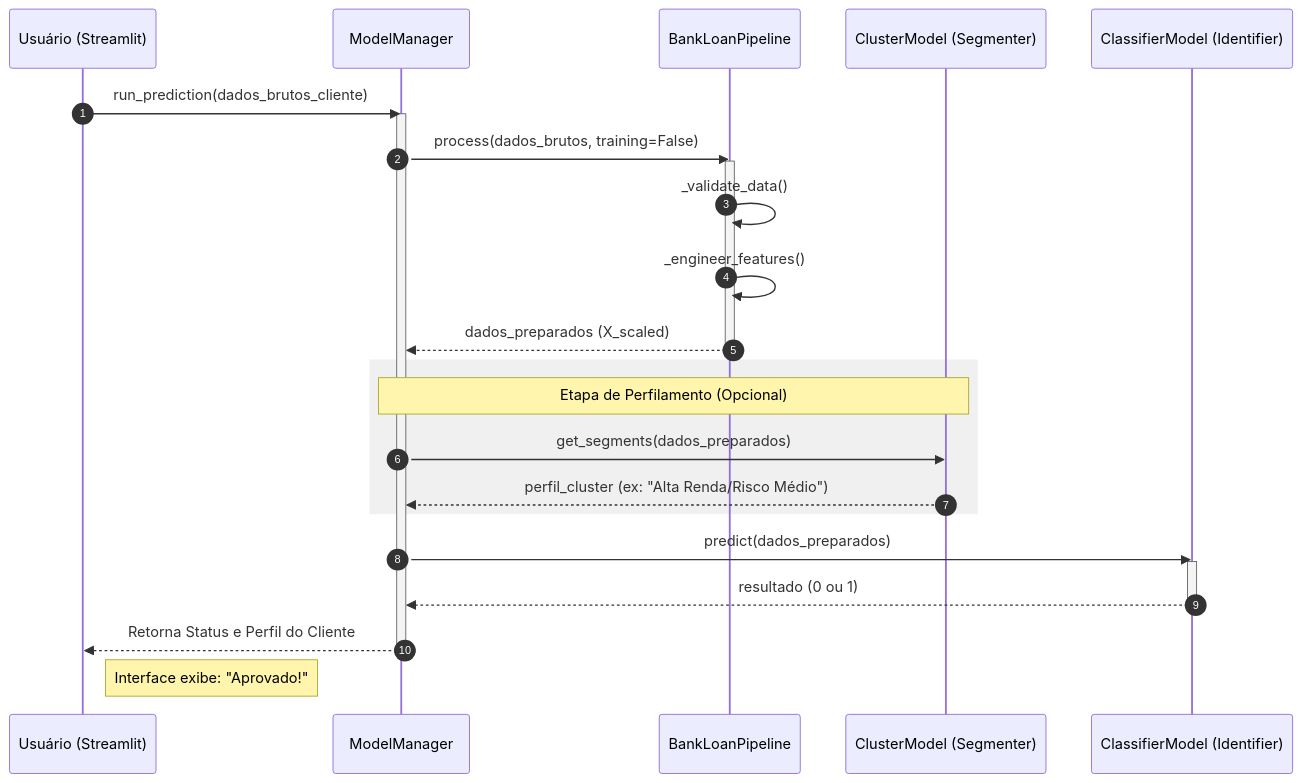
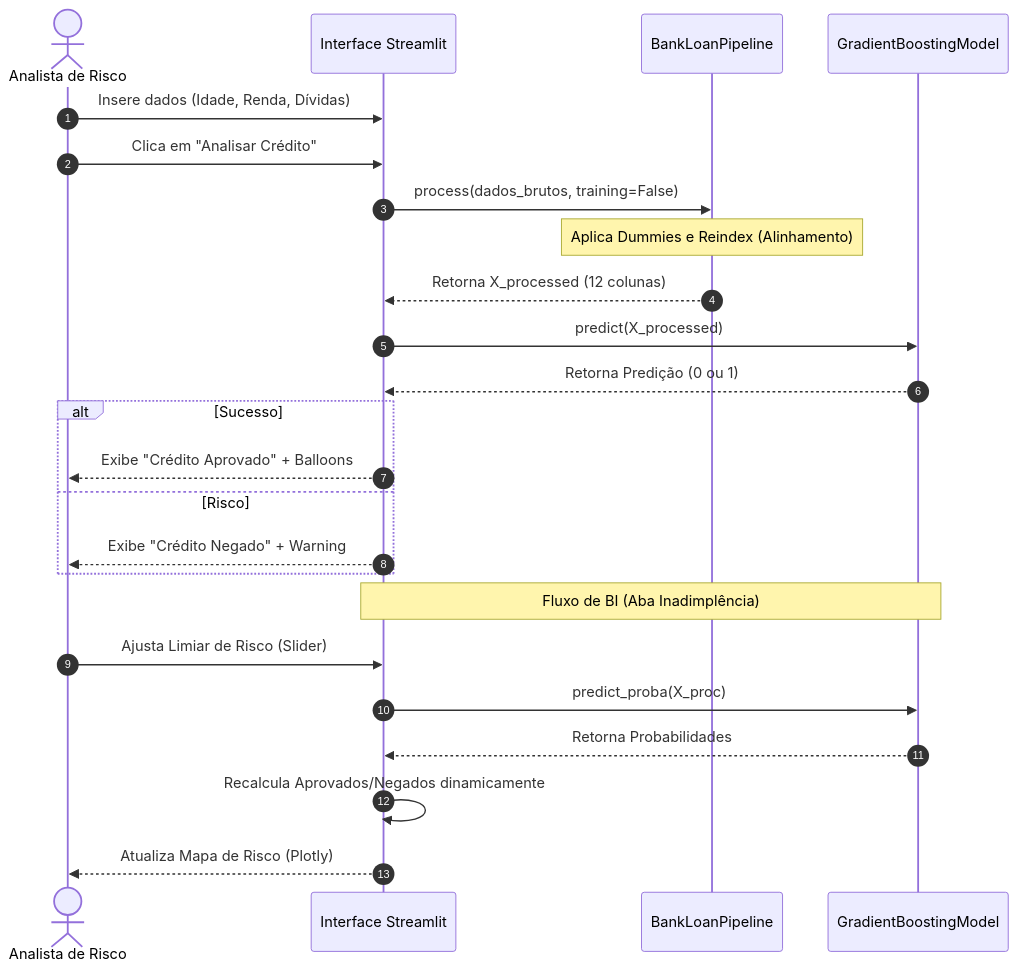
The second of 3 diagrams in README.md (Doctor-Math/TP1-Engenharia-de-Software), drawn with Mermaid before and after one commit. The commit also changed other lines of this file, not shown here.

Commit message:
feat: atualizando os diagramas UML via engenharia reversa

````diff
--- a/README.md
+++ b/README.md
@@ -60,35 +81,31 @@
 ```mermaid
 sequenceDiagram
     autonumber
-    participant U as Usuário (Streamlit)
-    participant M as ModelManager
-    participant P as BankLoanPipeline
-    participant S as ClusterModel (Segmenter)
-    participant C as ClassifierModel (Identifier)
+    actor Usuario as Analista de Risco
+    participant UI as Interface Streamlit
+    participant PL as BankLoanPipeline
+    participant MD as GradientBoostingModel
 
-    U->>M: run_prediction(dados_brutos_cliente)
+    Usuario->>UI: Insere dados (Idade, Renda, Dívidas)
+    Usuario->>UI: Clica em "Analisar Crédito"
     
-    activate M
-    M->>P: process(dados_brutos, training=False)
-    activate P
-    P->>P: _validate_data()
-    P->>P: _engineer_features()
-    P-->>M: dados_preparados (X_scaled)
-    deactivate P
+    UI->>PL: process(dados_brutos, training=False)
+    Note over PL: Aplica Dummies e Reindex (Alinhamento)
+    PL-->>UI: Retorna X_processed (12 colunas)
 
-    rect rgb(240, 240, 240)
-        Note over M, S: Etapa de Perfilamento (Opcional)
-        M->>S: get_segments(dados_preparados)
-        S-->>M: perfil_cluster (ex: "Alta Renda/Risco Médio")
+    UI->>MD: predict(X_processed)
+    MD-->>UI: Retorna Predição (0 ou 1)
+
+    alt Sucesso
+        UI-->>Usuario: Exibe "Crédito Aprovado" + Balloons
+    else Risco
+        UI-->>Usuario: Exibe "Crédito Negado" + Warning
     end
 
-    M->>C: predict(dados_preparados)
-    activate C
-    C-->>M: resultado (0 ou 1)
-    deactivate C
-
-    M-->>U: Retorna Status e Perfil do Cliente
-    deactivate M
-    
-    Note right of U: Interface exibe: "Aprovado!"
+    Note over UI, MD: Fluxo de BI (Aba Inadimplência)
+    Usuario->>UI: Ajusta Limiar de Risco (Slider)
+    UI->>MD: predict_proba(X_proc)
+    MD-->>UI: Retorna Probabilidades
+    UI->>UI: Recalcula Aprovados/Negados dinamicamente
+    UI-->>Usuario: Atualiza Mapa de Risco (Plotly)
 ```
````
